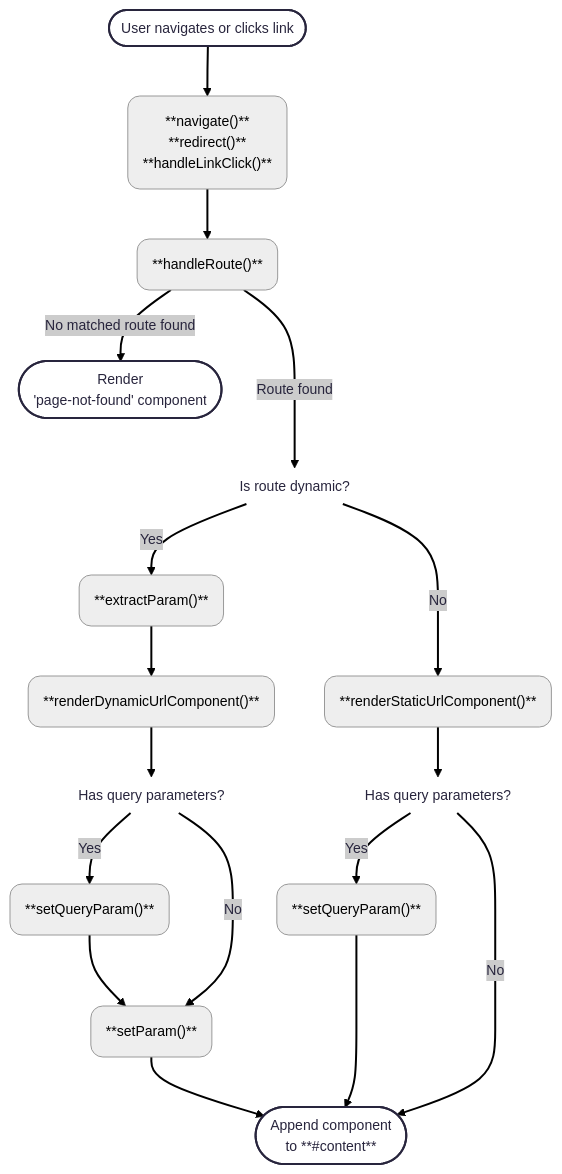
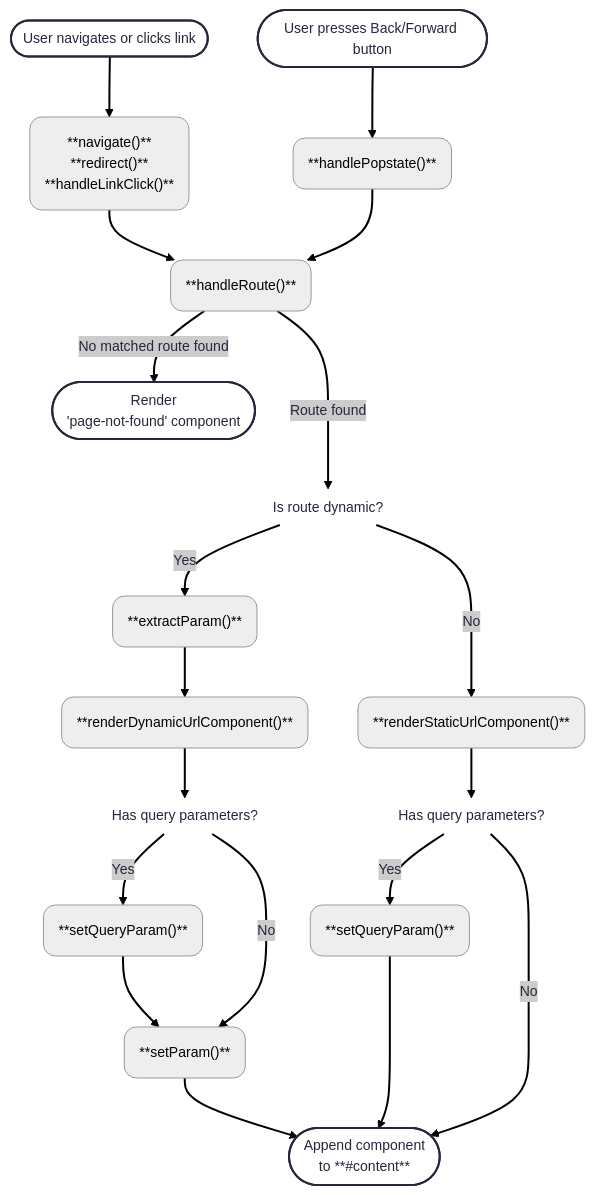
Before and after one commit to ysengoku/42-ft_transcendence: the diagram in doc/front/ROUTER.md, drawn with Mermaid. The commit also changed other lines of this file, not shown here.

Commit message:
doc: add handlePopstate() to mermaid chart

````diff
--- a/doc/front/ROUTER.md
+++ b/doc/front/ROUTER.md
@@ -16,56 +16,61 @@
 ```mermaid
 ---
 config:
   layout: dagre
   look: classic
   theme: redux
 ---
 flowchart TD
     A(["User navigates or clicks link"])
+    A2(["User presses Back/Forward button"])
     B("**navigate()** <br/> **redirect()** <br/> **handleLinkClick()**")
+    B2("**handlePopstate()**")
     C("**handleRoute()**")
     D(["Render <br/> 'page-not-found' component"])
     E["Is route dynamic?"]
 
     F("**extractParam()**")
     G("**renderDynamicUrlComponent()**")
     H["Has query parameters?"]
     I("**setQueryParam()**")
     J("**setParam()**")
 
     K("**renderStaticUrlComponent()**")
     L["Has query parameters?"]
     M("**setQueryParam()**")
 
     Z(["Append component <br/> to **#content**"])
 
     A --> B
+    A2 --> B2
     B --> C
+    B2 --> C
     C -- No matched route found --> D
     C -- Route found ---> E
     E -- Yes --> F
     F --> G
     G --> H
     H -- Yes --> I
     I --> J
     H -- No --> J
 		J --> Z
     E -- No --> K
     K --> L
     L -- Yes --> M
     M ---> Z
 		L -- No --> Z
 
     E@{ shape: text}
     H@{ shape: text}
     L@{ shape: text}
      B:::Ash
+     B2:::Ash
      C:::Ash
      F:::Ash
      G:::Ash
      I:::Ash
      J:::Ash
      K:::Ash
 		 M:::Ash
     classDef Ash stroke-width:1px, stroke-dasharray:none, stroke:#999999, fill:#EEEEEE, color:#000000
 ```
````
